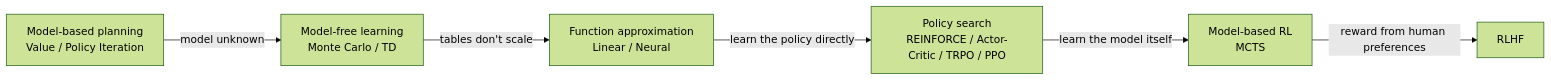
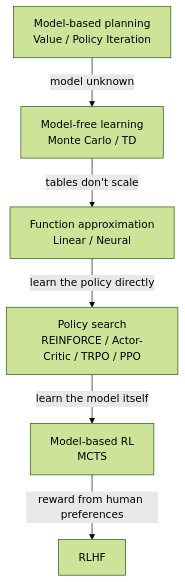
Before and after one commit to gracefullight/gracefullight.github.io: the diagram in blog/2026/10/25/rl-012.md, drawn with Mermaid (forest theme).

Commit message:
docs(blog): 📚️ lay out RL 012 roadmap flowchart top to bottom

````diff
--- a/blog/2026/10/25/rl-012.md
+++ b/blog/2026/10/25/rl-012.md
@@ -10,8 +10,8 @@
 ```mermaid
-flowchart LR
+flowchart TB
     A["Model-based planning<br/>Value / Policy Iteration"] -->|"model unknown"| B["Model-free learning<br/>Monte Carlo / TD"]
     B -->|"tables don't scale"| C["Function approximation<br/>Linear / Neural"]
     C -->|"learn the policy directly"| D["Policy search<br/>REINFORCE / Actor-Critic / TRPO / PPO"]
     D -->|"learn the model itself"| E["Model-based RL<br/>MCTS"]
     E -->|"reward from human preferences"| F["RLHF"]
 ```
````
